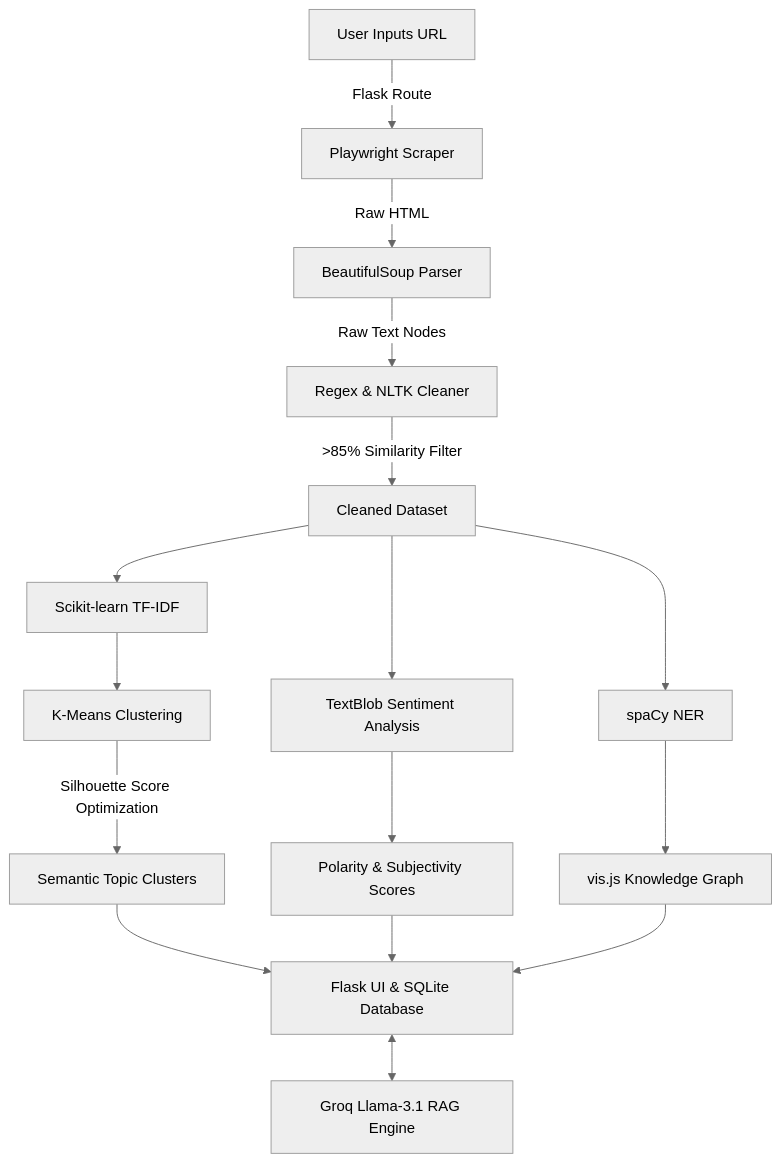
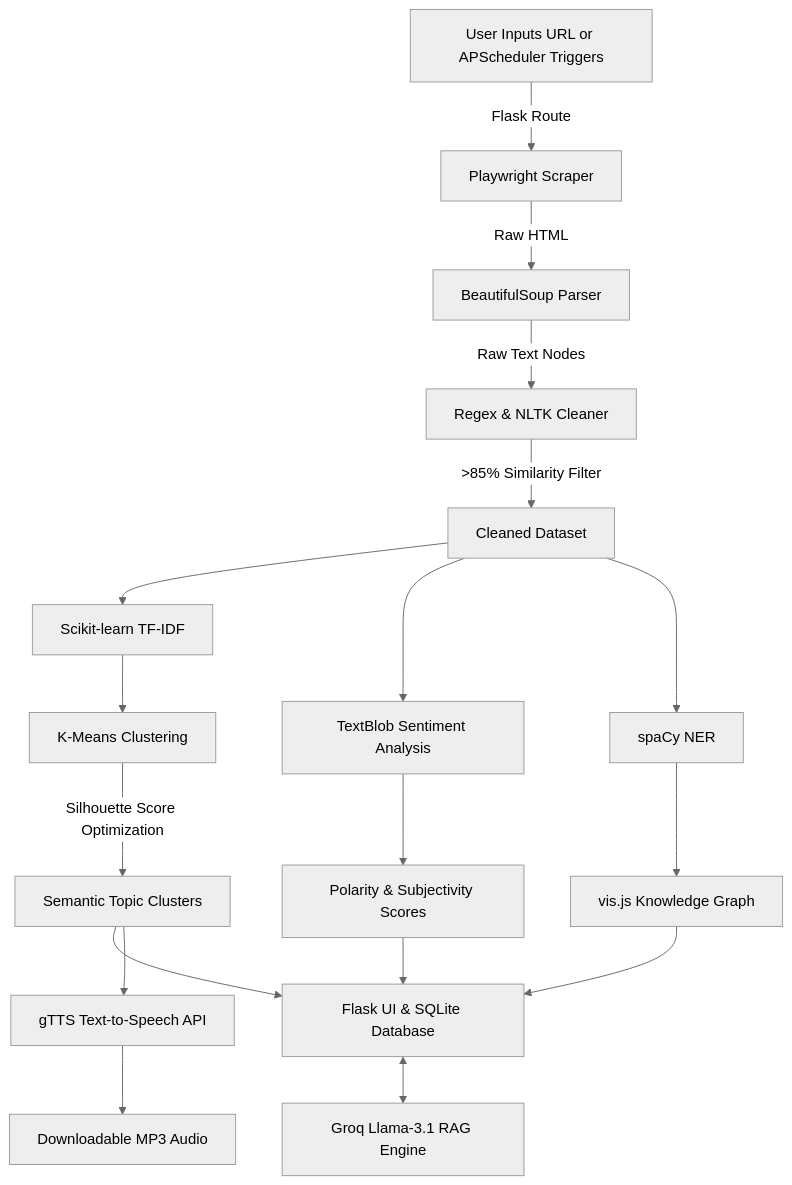
Before and after one commit to Ojaswi-Gupta/GistProbe: the diagram in README.md, drawn with Mermaid (neutral theme). The commit also changed other lines of this file, not shown here.

Commit message:
docs: Update README with APScheduler, gTTS, and UI improvements

````diff
--- a/README.md
+++ b/README.md
@@ -24,20 +26,22 @@
 ```mermaid
 graph TD
-    A[User Inputs URL] -->|Flask Route| B[Playwright Scraper]
+    A[User Inputs URL or APScheduler Triggers] -->|Flask Route| B[Playwright Scraper]
     B -->|Raw HTML| C[BeautifulSoup Parser]
     C -->|Raw Text Nodes| D[Regex & NLTK Cleaner]
     D -->|>85% Similarity Filter| E[Cleaned Dataset]
     
     E --> F[Scikit-learn TF-IDF]
     F --> G[K-Means Clustering]
     G -->|Silhouette Score Optimization| H[Semantic Topic Clusters]
     
     E --> I[TextBlob Sentiment Analysis]
     I --> J[Polarity & Subjectivity Scores]
     
     E --> K[spaCy NER]
     K --> L[vis.js Knowledge Graph]
     
     H & J & L --> M[Flask UI & SQLite Database]
     M <--> N[Groq Llama-3.1 RAG Engine]
+    H --> O[gTTS Text-to-Speech API]
+    O --> P[Downloadable MP3 Audio]
 ```
````
